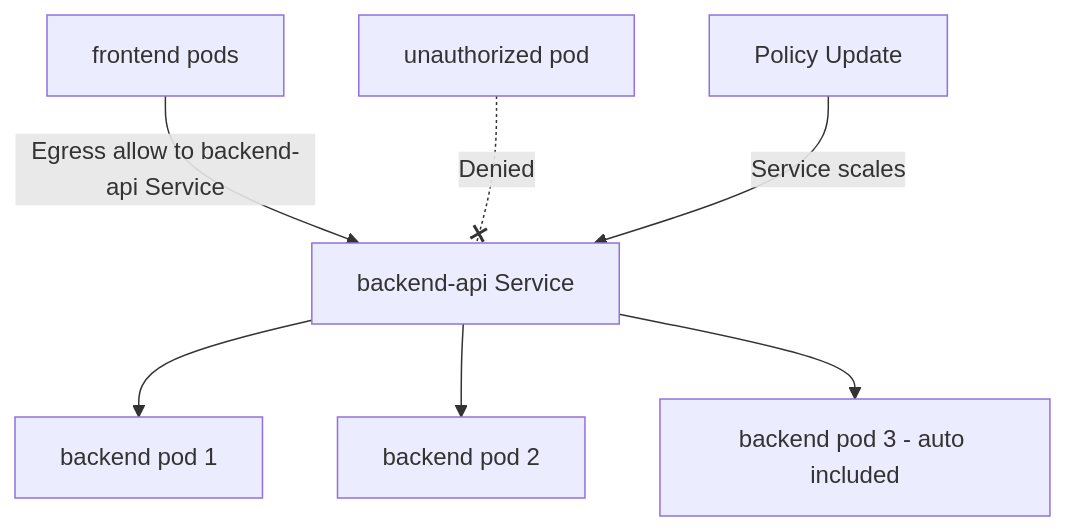
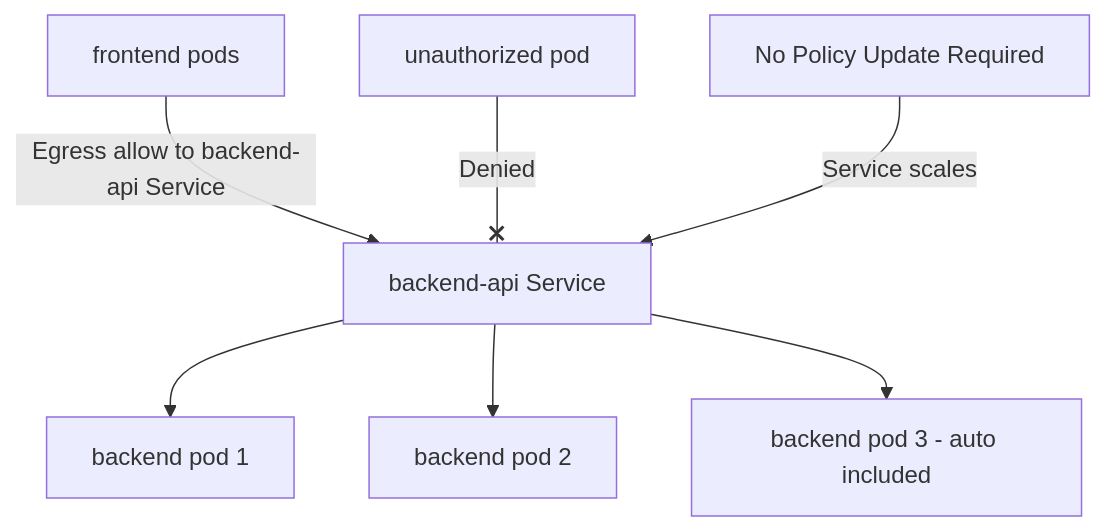
One commit to OneUptime/blog changed the diagram in posts/2026-03-13-zero-trust-service-based-policies-calico/README.md. Above: the diagram before and after it, drawn with Mermaid. The commit also changed other lines of this file and 2 other files, not shown here.

Commit message:
validate: 2026-03-13-zero-trust-service-based-policies-calico

````diff
--- a/posts/2026-03-13-zero-trust-service-based-policies-calico/README.md
+++ b/posts/2026-03-13-zero-trust-service-based-policies-calico/README.md
@@ -76,9 +78,9 @@
 ```mermaid
 flowchart TD
     A[frontend pods] -->|Egress allow to backend-api Service| B[backend-api Service]
     B --> C[backend pod 1]
     B --> D[backend pod 2]
-    E[unauthorized pod] -.-x|Denied| B
-    F[Policy Update] -->|Service scales| B
+    E[unauthorized pod] --x|Denied| B
+    F[No Policy Update Required] -->|Service scales| B
     B --> G[backend pod 3 - auto included]
 ```
````
